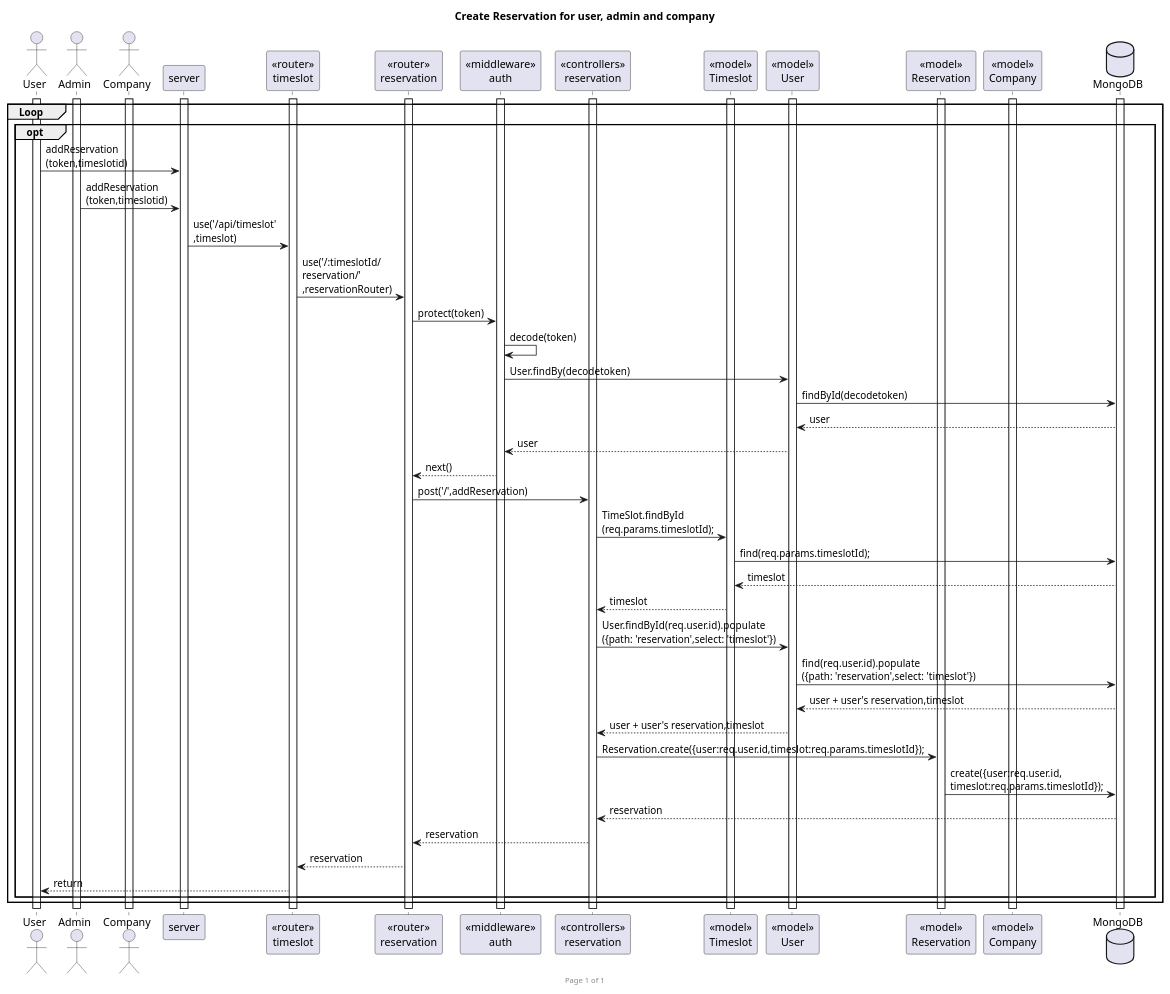
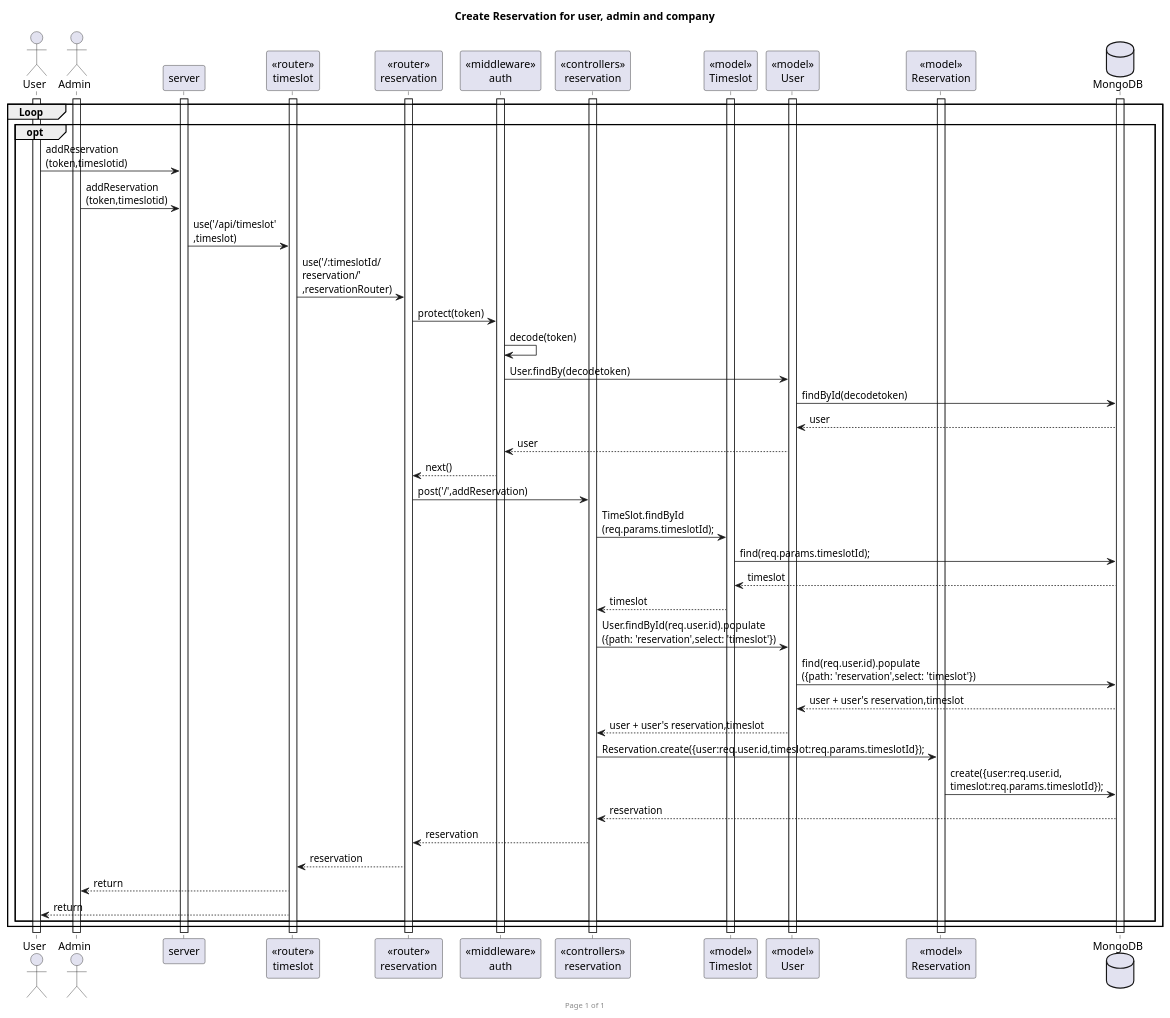
One commit to NAT-SIRIRUANGBUN/backend changed the diagram in sequencediagram/addReservation.puml. Above: the diagram before and after it, drawn with PlantUML. The commit also changed 1 other file, not shown here.

Commit message:
Add delete Reserv sequence diagram

```diff
--- a/sequencediagram/addReservation.puml
+++ b/sequencediagram/addReservation.puml
@@ -1,76 +1,73 @@
 @startuml
 
 footer Page %page% of %lastpage%
 title "Create Reservation for user, admin and company"
 
 actor "User" as user
 actor "Admin" as admin
-actor "Company" as company
 participant "server" as server
 participant "<<router>>\ntimeslot" as routerTime
 participant "<<router>>\nreservation" as routerReserv
 participant "<<middleware>>\nauth" as middleAuth
 participant "<<controllers>>\nreservation" as controllersReserv
 participant "<<model>>\nTimeslot" as modelTimeslot
 participant "<<model>>\nUser" as modelUser
 participant "<<model>>\nReservation" as modelReserv
-participant "<<model>>\nCompany" as modelComp
 database "MongoDB" as mongoDB
 
 group Loop
     'get reservations for user
     group opt 
         activate user
         activate server
         activate routerTime
         activate routerReserv
         activate middleAuth
         activate controllersReserv
         activate modelUser
         activate modelReserv
         activate mongoDB
         activate admin
-        activate company
-        activate modelComp
         activate modelTimeslot
         user->server :addReservation\n(token,timeslotid)
         admin -> server :addReservation\n(token,timeslotid)
         server->routerTime :use('/api/timeslot'\n,timeslot)
         routerTime->routerReserv : use('/:timeslotId/\nreservation/'\n,reservationRouter)
         routerReserv -> middleAuth : protect(token)
         middleAuth -> middleAuth : decode(token)
         middleAuth -> modelUser : User.findBy(decodetoken)
         modelUser -> mongoDB : findById(decodetoken)
 
         modelUser <-- mongoDB : user
         middleAuth <-- modelUser : user
         routerReserv <-- middleAuth : next()
 
         routerReserv -> controllersReserv : post('/',addReservation)
         controllersReserv -> modelTimeslot :  TimeSlot.findById\n(req.params.timeslotId);
         modelTimeslot -> mongoDB :  find(req.params.timeslotId);
 
         modelTimeslot <-- mongoDB : timeslot
         controllersReserv <-- modelTimeslot : timeslot
 
         controllersReserv -> modelUser : User.findById(req.user.id).populate\n({path: 'reservation',select: 'timeslot'})
         modelUser -> mongoDB : find(req.user.id).populate\n({path: 'reservation',select: 'timeslot'})
 
         modelUser <-- mongoDB : user + user's reservation,timeslot
         controllersReserv <-- modelUser : user + user's reservation,timeslot
 
         ' controllersReserv -> controllersReserv : loop inside user's reservation\nto check if user have already \nreserved this timeslot, if not continue
         ' controllersReserv -> controllersReserv : if(timeslot.reservation.length < timeslot.capacity)\n(check if timeslot's reservation amount \nhaven't exceed its capacity)
         ' controllersReserv -> controllersReserv : if(ThisUser.reservation.length < 3)\n(check that user doesn't have more than 3 reservation)
         
         controllersReserv -> modelReserv : Reservation.create({user:req.user.id,timeslot:req.params.timeslotId});
         modelReserv -> mongoDB : create({user:req.user.id,\ntimeslot:req.params.timeslotId});
 
         controllersReserv <-- mongoDB : reservation
         routerReserv <-- controllersReserv : reservation
         routerTime <-- routerReserv : reservation
+        admin <-- routerTime : return
         user <-- routerTime : return
     end
 end
 
 @enduml
```
